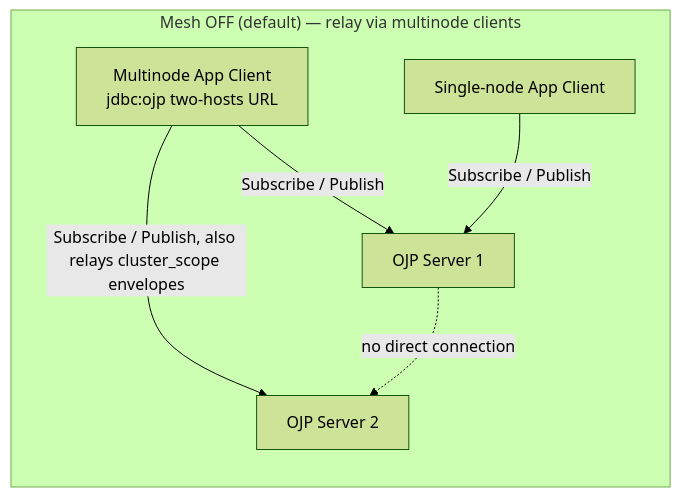
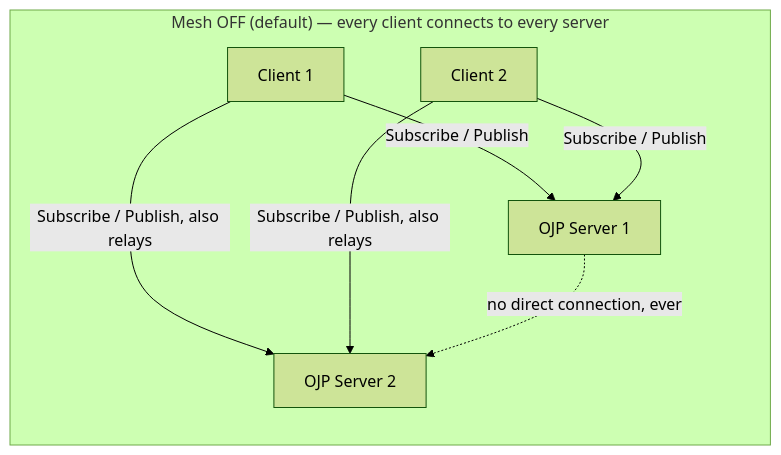
One commit to Open-JDBC-Proxy/ojp changed the third of 6 diagrams in documents/analysis/OJP_MESSAGING_PROTOCOL_ANALYSIS.md. Above: the diagram before and after it, drawn with Mermaid (forest theme). The commit also changed other lines of this file and 2 other files, not shown here.

````diff
--- a/documents/analysis/OJP_MESSAGING_PROTOCOL_ANALYSIS.md
+++ b/documents/analysis/OJP_MESSAGING_PROTOCOL_ANALYSIS.md
@@ -585,9 +983,10 @@
 ```mermaid
 graph LR
-    subgraph "Mesh OFF (default) — relay via multinode clients"
-        CM[Multinode App Client<br/>jdbc:ojp two-hosts URL] -->|Subscribe / Publish| S1[OJP Server 1]
-        CM -->|Subscribe / Publish, also relays cluster_scope envelopes| S2[OJP Server 2]
-        C1[Single-node App Client] -->|Subscribe / Publish| S1
-        S1 -.->|no direct connection| S2
+    subgraph "Mesh OFF (default) — every client connects to every server"
+        CL1[Client 1] -->|Subscribe / Publish| S1[OJP Server 1]
+        CL1 -->|Subscribe / Publish, also relays| S2[OJP Server 2]
+        CL2[Client 2] -->|Subscribe / Publish| S1
+        CL2 -->|Subscribe / Publish, also relays| S2
+        S1 -.->|no direct connection, ever| S2
     end
 ```
````
